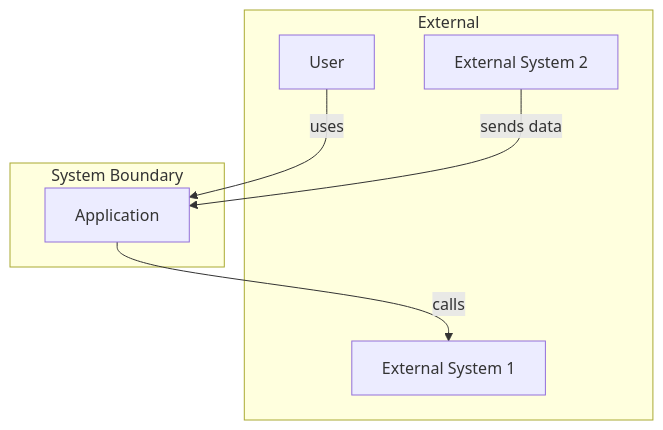
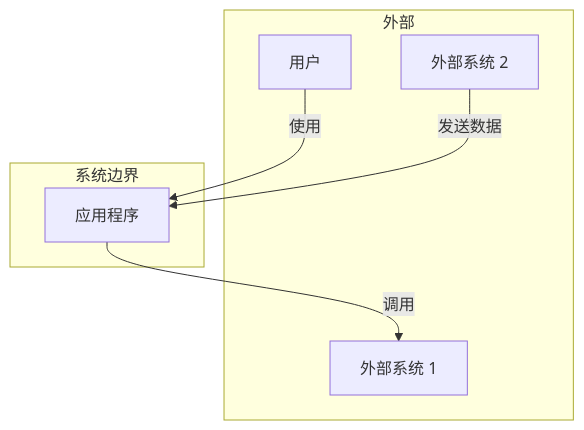
One commit to kingoliang/polyglot-engineering-claude-plugin changed the first of 5 diagrams in templates/architecture/architecture-template.md. Above: the diagram before and after it, drawn with Mermaid. The commit also changed other lines of this file and 31 other files, not shown here.

````diff
--- a/templates/architecture/architecture-template.md
+++ b/templates/architecture/architecture-template.md
@@ -51,16 +51,16 @@
 ```mermaid
 graph TB
-    subgraph External
-        User[User]
-        External1[External System 1]
-        External2[External System 2]
+    subgraph 外部
+        User[用户]
+        External1[外部系统 1]
+        External2[外部系统 2]
     end
 
-    subgraph System Boundary
-        App[Application]
+    subgraph 系统边界
+        App[应用程序]
     end
 
-    User -->|uses| App
-    App -->|calls| External1
-    External2 -->|sends data| App
+    User -->|使用| App
+    App -->|调用| External1
+    External2 -->|发送数据| App
 ```
````
